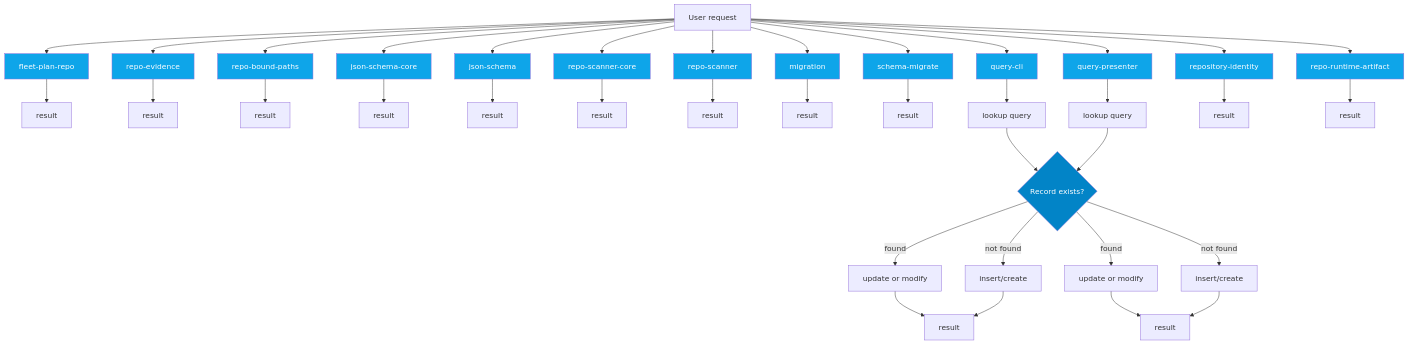
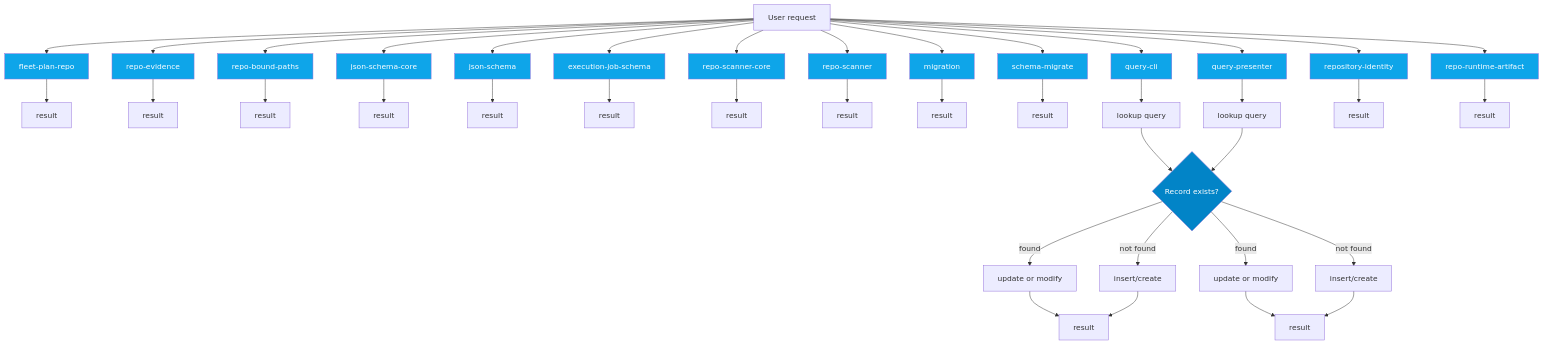
The sixth of 14 diagrams in AI/context/diagram-context.md (jscraik/coding-harness), drawn with Mermaid before and after one commit. The commit also changed other lines of this file and 91 other files, not shown here.

First line of the commit message:
feat(execution): add durable local job conductor (#473)

````diff
--- a/AI/context/diagram-context.md
+++ b/AI/context/diagram-context.md
@@ -614,59 +657,62 @@
 ```mermaid
 flowchart TD
   UserRequest["User request"]
   Decision{Record exists?}
   fleet_plan_repo_ecdc6499["fleet-plan-repo"]
   UserRequest --> fleet_plan_repo_ecdc6499
   fleet_plan_repo_ecdc6499 --> fleet_plan_repo_ecdc6499_result["result"]
   repo_evidence_38bb1de5["repo-evidence"]
   UserRequest --> repo_evidence_38bb1de5
   repo_evidence_38bb1de5 --> repo_evidence_38bb1de5_result["result"]
   repo_bound_paths_e218b5b3["repo-bound-paths"]
   UserRequest --> repo_bound_paths_e218b5b3
   repo_bound_paths_e218b5b3 --> repo_bound_paths_e218b5b3_result["result"]
   json_schema_core_96d7e328["json-schema-core"]
   UserRequest --> json_schema_core_96d7e328
   json_schema_core_96d7e328 --> json_schema_core_96d7e328_result["result"]
   json_schema_74a768d7["json-schema"]
   UserRequest --> json_schema_74a768d7
   json_schema_74a768d7 --> json_schema_74a768d7_result["result"]
+  execution_job_schema_f68c4ffd["execution-job-schema"]
+  UserRequest --> execution_job_schema_f68c4ffd
+  execution_job_schema_f68c4ffd --> execution_job_schema_f68c4ffd_result["result"]
   repo_scanner_core_8e9f7646["repo-scanner-core"]
   UserRequest --> repo_scanner_core_8e9f7646
   repo_scanner_core_8e9f7646 --> repo_scanner_core_8e9f7646_result["result"]
   repo_scanner_a8b2579e["repo-scanner"]
   UserRequest --> repo_scanner_a8b2579e
   repo_scanner_a8b2579e --> repo_scanner_a8b2579e_result["result"]
   migration_8a6cead4["migration"]
   UserRequest --> migration_8a6cead4
   migration_8a6cead4 --> migration_8a6cead4_result["result"]
   schema_migrate_c0646635["schema-migrate"]
   UserRequest --> schema_migrate_c0646635
   schema_migrate_c0646635 --> schema_migrate_c0646635_result["result"]
   query_cli_b95be64d["query-cli"]
   UserRequest --> query_cli_b95be64d
   query_cli_b95be64d --> query_cli_b95be64d_lookup["lookup query"]
   query_cli_b95be64d_lookup --> Decision
   Decision -->|found| query_cli_b95be64d_update["update or modify"]
   Decision -->|not found| query_cli_b95be64d_create["insert/create"]
   query_cli_b95be64d_update --> query_cli_b95be64d_result["result"]
   query_cli_b95be64d_create --> query_cli_b95be64d_result["result"]
   query_presenter_02e6077c["query-presenter"]
   UserRequest --> query_presenter_02e6077c
   query_presenter_02e6077c --> query_presenter_02e6077c_lookup["lookup query"]
   query_presenter_02e6077c_lookup --> Decision
   Decision -->|found| query_presenter_02e6077c_update["update or modify"]
   Decision -->|not found| query_presenter_02e6077c_create["insert/create"]
   query_presenter_02e6077c_update --> query_presenter_02e6077c_result["result"]
   query_presenter_02e6077c_create --> query_presenter_02e6077c_result["result"]
   repository_identity_9dc13d37["repository-identity"]
   UserRequest --> repository_identity_9dc13d37
   repository_identity_9dc13d37 --> repository_identity_9dc13d37_result["result"]
   repo_runtime_artifact_139c0fbd["repo-runtime-artifact"]
   UserRequest --> repo_runtime_artifact_139c0fbd
   repo_runtime_artifact_139c0fbd --> repo_runtime_artifact_139c0fbd_result["result"]
   classDef dbNode fill:#0ea5e9,color:#fff
-  class fleet_plan_repo_ecdc6499,repo_evidence_38bb1de5,repo_bound_paths_e218b5b3,json_schema_core_96d7e328,json_schema_74a768d7,repo_scanner_core_8e9f7646,repo_scanner_a8b2579e,migration_8a6cead4,schema_migrate_c0646635,query_cli_b95be64d,query_presenter_02e6077c,repository_identity_9dc13d37,repo_runtime_artifact_139c0fbd dbNode
+  class fleet_plan_repo_ecdc6499,repo_evidence_38bb1de5,repo_bound_paths_e218b5b3,json_schema_core_96d7e328,json_schema_74a768d7,execution_job_schema_f68c4ffd,repo_scanner_core_8e9f7646,repo_scanner_a8b2579e,migration_8a6cead4,schema_migrate_c0646635,query_cli_b95be64d,query_presenter_02e6077c,repository_identity_9dc13d37,repo_runtime_artifact_139c0fbd dbNode
   classDef decisionNode fill:#0284c7,color:#fff
   class Decision decisionNode
 
 ```
````
